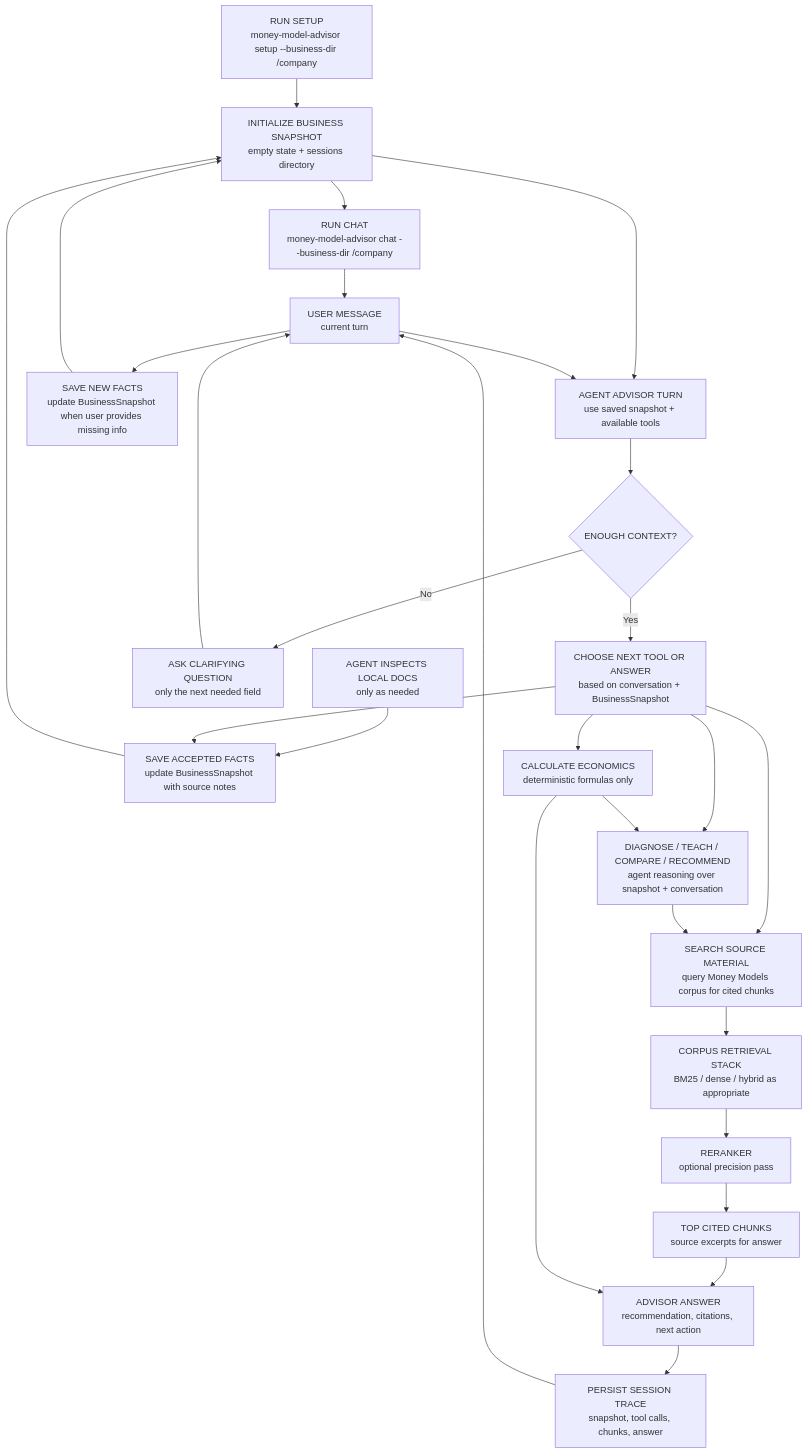
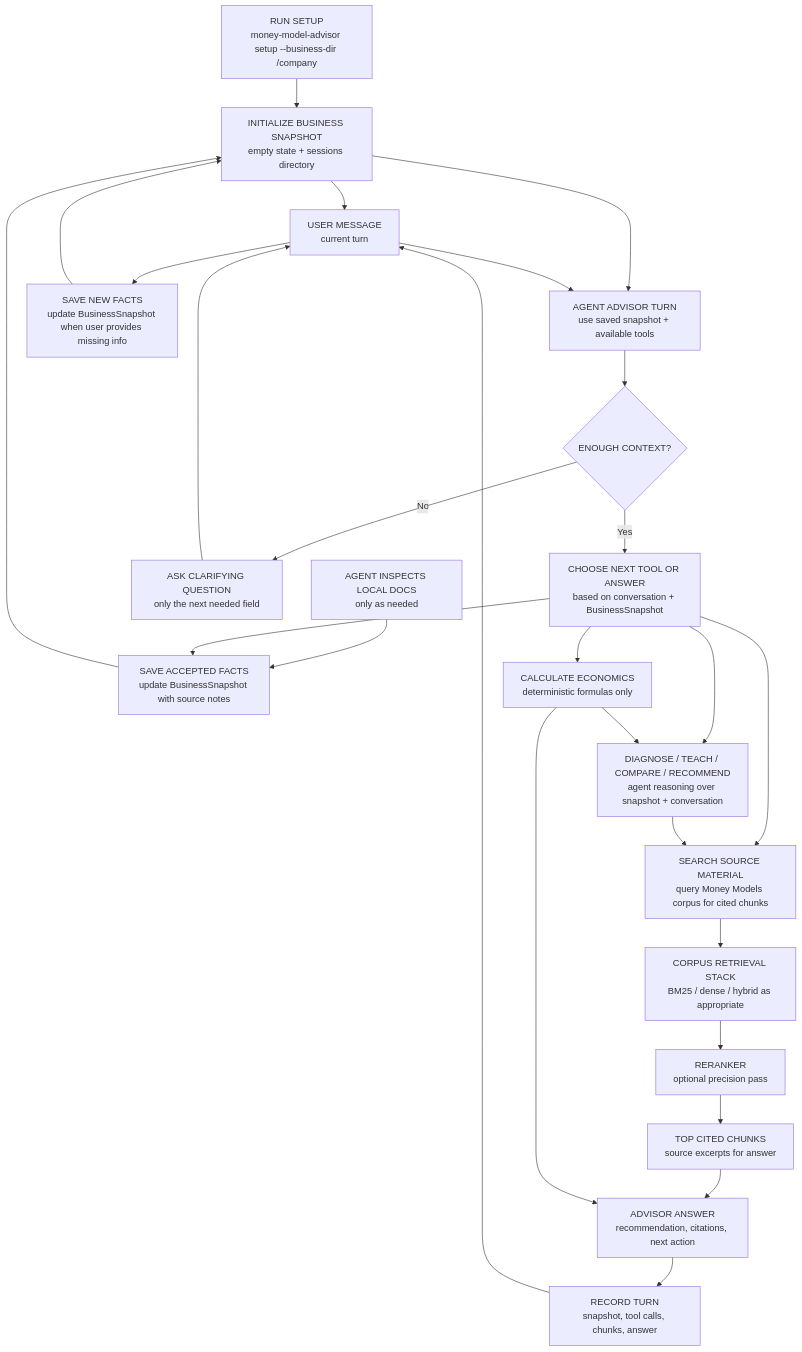
Before and after one commit to nine4-team/money-models-advisor: the diagram in IMPLEMENTATION_PLAN.md, drawn with Mermaid. The commit also changed other lines of this file and 6 other files, not shown here.

````diff
--- a/IMPLEMENTATION_PLAN.md
+++ b/IMPLEMENTATION_PLAN.md
@@ -79,35 +79,34 @@
 ```mermaid
 flowchart TD
   A["RUN SETUP<br/>money-model-advisor setup --business-dir /company"] --> C["INITIALIZE BUSINESS SNAPSHOT<br/>empty state + sessions directory"]
   X["AGENT INSPECTS LOCAL DOCS<br/>only as needed"] --> S["SAVE ACCEPTED FACTS<br/>update BusinessSnapshot with source notes"]
 
-  C --> D["RUN CHAT<br/>money-model-advisor chat --business-dir /company"]
-  D --> E["USER MESSAGE<br/>current turn"]
+  C --> E["USER MESSAGE<br/>current turn"]
   C --> F["AGENT ADVISOR TURN<br/>use saved snapshot + available tools"]
   E --> F
 
   F --> G{"ENOUGH CONTEXT?"}
   G -- "No" --> H["ASK CLARIFYING QUESTION<br/>only the next needed field"]
   H --> E
   E --> U["SAVE NEW FACTS<br/>update BusinessSnapshot when user provides missing info"]
   U --> C
   S --> C
 
   G -- "Yes" --> I["CHOOSE NEXT TOOL OR ANSWER<br/>based on conversation + BusinessSnapshot"]
   I --> J["CALCULATE ECONOMICS<br/>deterministic formulas only"]
   I --> K["DIAGNOSE / TEACH / COMPARE / RECOMMEND<br/>agent reasoning over snapshot + conversation"]
   I --> M["SEARCH SOURCE MATERIAL<br/>query Money Models corpus for cited chunks"]
   I --> S
 
   J --> K
   K --> M
 
   M --> N["CORPUS RETRIEVAL STACK<br/>BM25 / dense / hybrid as appropriate"]
   N --> O["RERANKER<br/>optional precision pass"]
   O --> P["TOP CITED CHUNKS<br/>source excerpts for answer"]
 
   P --> Q["ADVISOR ANSWER<br/>recommendation, citations, next action"]
   J --> Q
-  Q --> R["PERSIST SESSION TRACE<br/>snapshot, tool calls, chunks, answer"]
+  Q --> R["RECORD TURN<br/>snapshot, tool calls, chunks, answer"]
   R --> E
 ```
````
